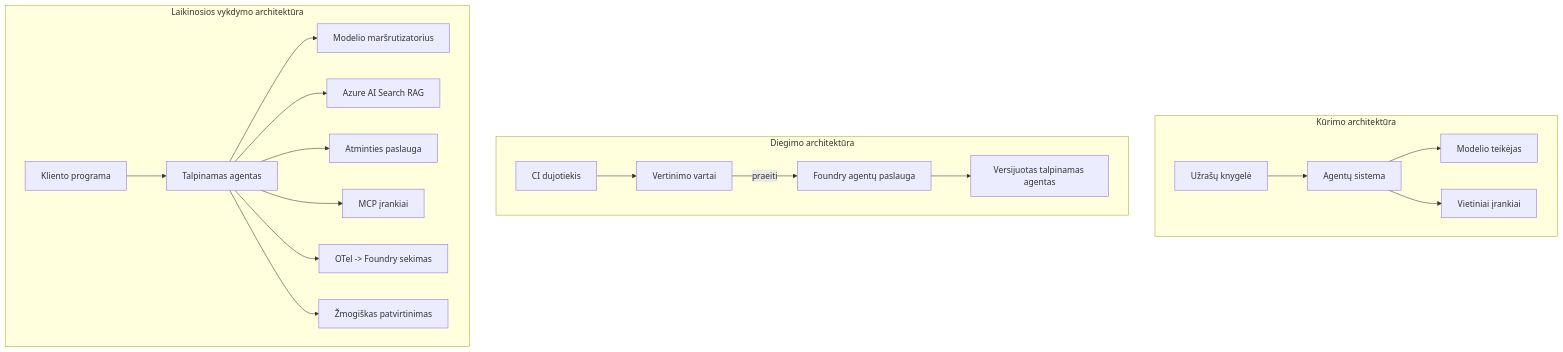
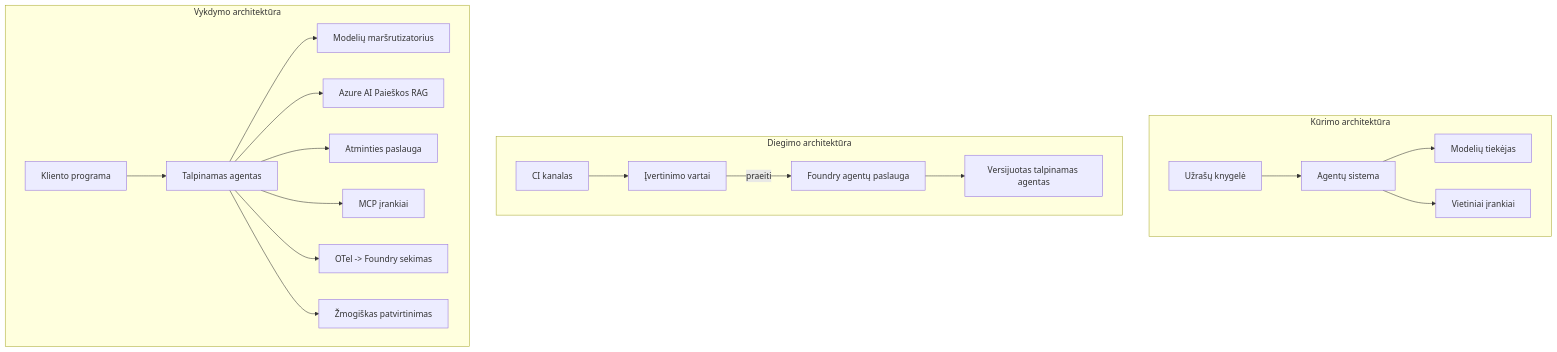
One commit to microsoft/ai-agents-for-beginners changed the fourth of 4 diagrams in translations/lt/16-deploying-scalable-agents/README.md. Above: the diagram before and after it, drawn with Mermaid. The commit also changed other lines of this file and 45 other files, not shown here.

````diff
--- a/translations/lt/16-deploying-scalable-agents/README.md
+++ b/translations/lt/16-deploying-scalable-agents/README.md
@@ -185,22 +185,22 @@
 ```mermaid
 flowchart TB
     subgraph Dev[Kūrimo architektūra]
         D1[Užrašų knygelė] --> D2[Agentų sistema]
-        D2 --> D3[Modelio teikėjas]
+        D2 --> D3[Modelių tiekėjas]
         D2 --> D4[Vietiniai įrankiai]
     end
     subgraph Deploy[Diegimo architektūra]
-        E1[CI dujotiekis] --> E2[Vertinimo vartai]
+        E1[CI kanalas] --> E2[Įvertinimo vartai]
         E2 -->|praeiti| E3[Foundry agentų paslauga]
         E3 --> E4[Versijuotas talpinamas agentas]
     end
-    subgraph Run[Laikinosios vykdymo architektūra]
+    subgraph Run[Vykdymo architektūra]
         F1[Kliento programa] --> F2[Talpinamas agentas]
-        F2 --> F3[Modelio maršrutizatorius]
-        F2 --> F4[Azure AI Search RAG]
+        F2 --> F3[Modelių maršrutizatorius]
+        F2 --> F4[Azure AI Paieškos RAG]
         F2 --> F5[Atminties paslauga]
         F2 --> F6[MCP įrankiai]
         F2 --> F7[OTel -> Foundry sekimas]
         F2 --> F8[Žmogiškas patvirtinimas]
     end
 ```
````
